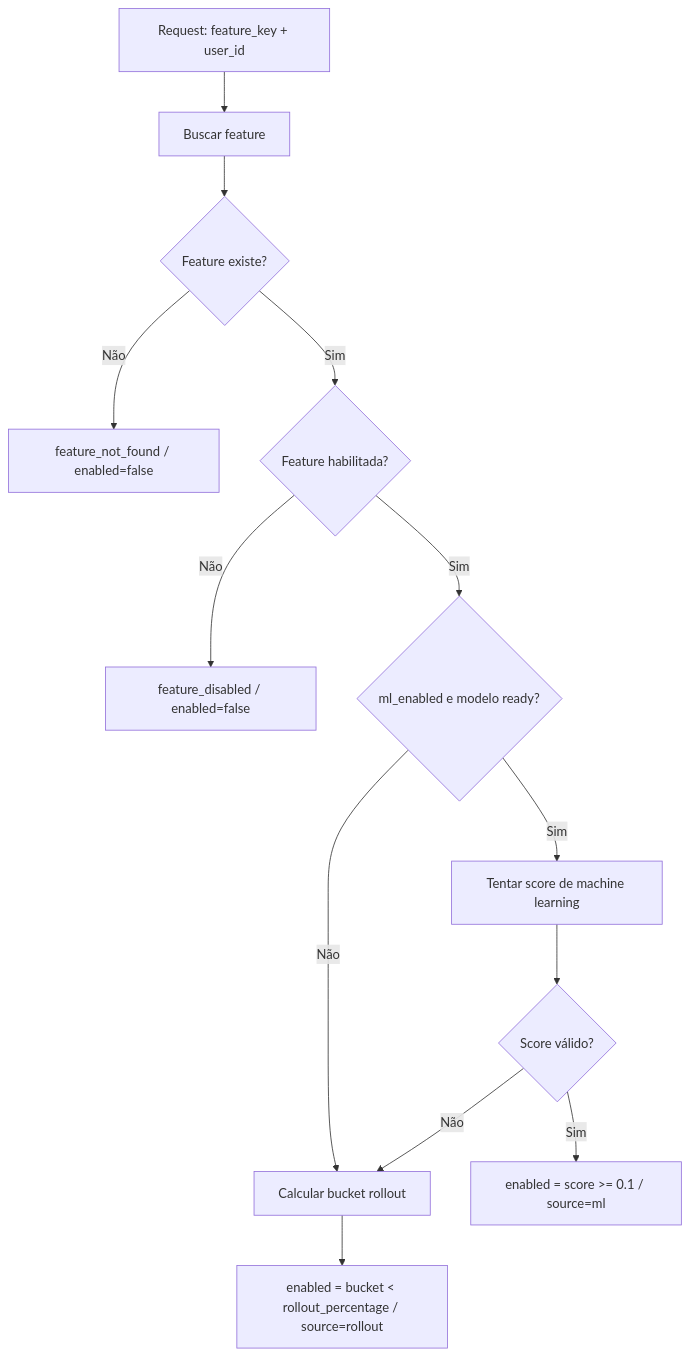
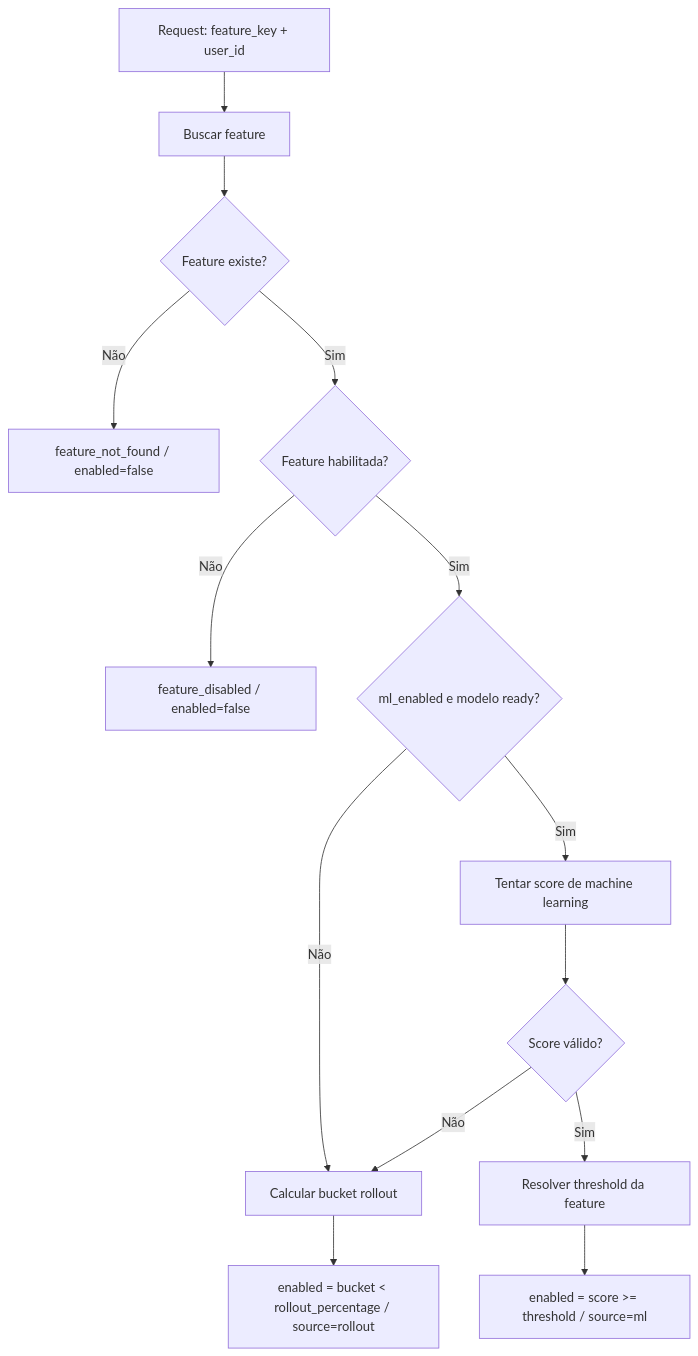
The diagram in docs/architecture/evaluation-decision-flow.md (MariaCarolinass/adaptive-feature-flags), drawn with Mermaid before and after one commit. The commit also changed other lines of this file and 2 other files, not shown here.

Commit message:
Refactor database schema and evaluation decision flow documentation for clarity; update terminology and enhance descriptions of components and processes.

````diff
--- a/docs/architecture/evaluation-decision-flow.md
+++ b/docs/architecture/evaluation-decision-flow.md
@@ -41,15 +43,16 @@
 ```mermaid
 flowchart TD
     A[Request: feature_key + user_id] --> B[Buscar feature]
     B --> C{Feature existe?}
     C -- Não --> D[feature_not_found / enabled=false]
     C -- Sim --> E{Feature habilitada?}
     E -- Não --> F[feature_disabled / enabled=false]
     E -- Sim --> G{ml_enabled e modelo ready?}
     G -- Não --> H[Calcular bucket rollout]
     G -- Sim --> I[Tentar score de machine learning]
     I --> J{Score válido?}
-    J -- Sim --> K[enabled = score >= 0.1 / source=ml]
+    J -- Sim --> K[Resolver threshold da feature]
+    K --> L[enabled = score >= threshold / source=ml]
     J -- Não --> H
-    H --> L[enabled = bucket < rollout_percentage / source=rollout]
+    H --> M[enabled = bucket < rollout_percentage / source=rollout]
 ```
````
